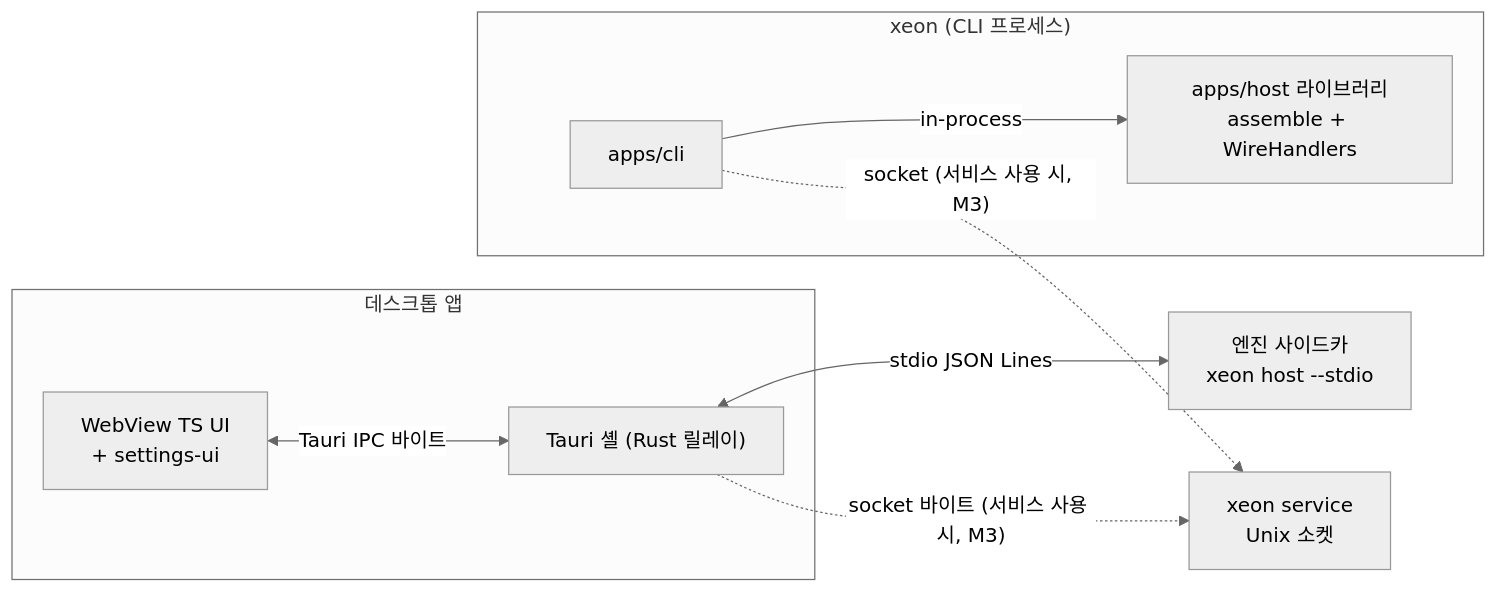
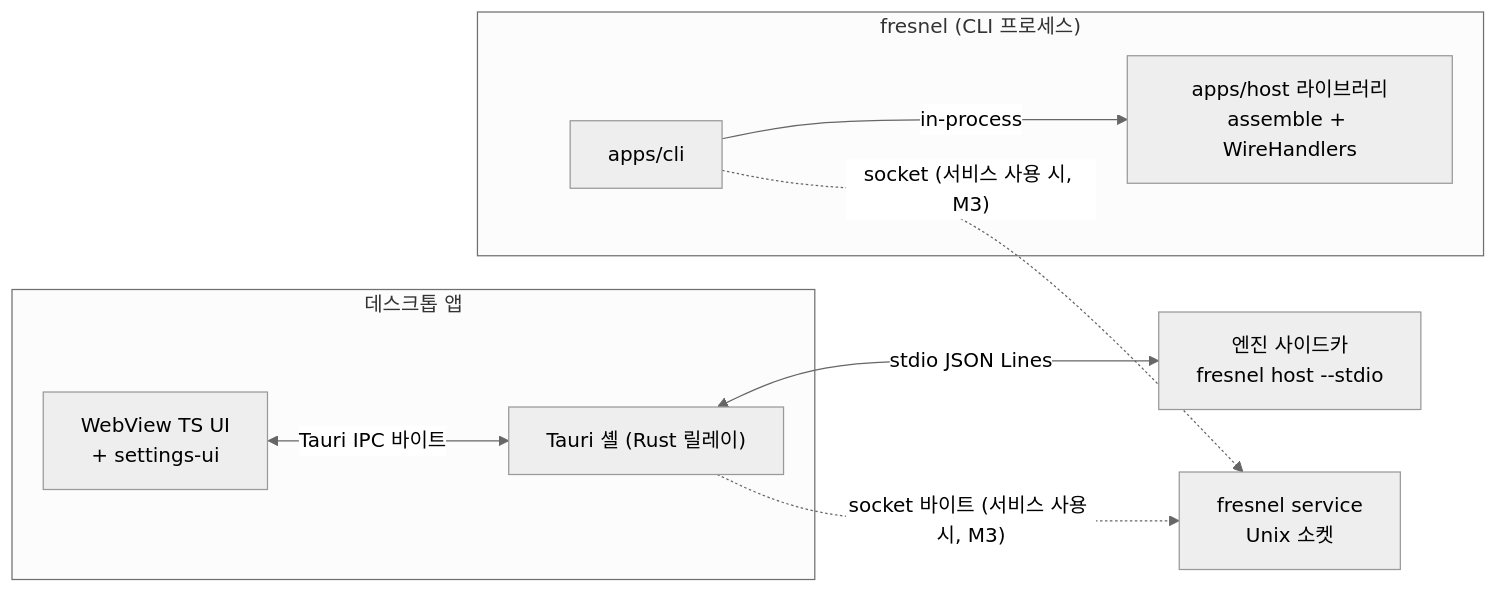
One commit to Rengod95/Helm-Agent_Docs_OS changed the diagram in docs/xeon/L4/README.md. Above: the diagram before and after it, drawn with Mermaid (neutral theme). The commit also changed other lines of this file and 378 other files, not shown here.

````diff
--- a/docs/xeon/L4/README.md
+++ b/docs/xeon/L4/README.md
@@ -65,18 +65,18 @@
 ```mermaid
 flowchart LR
-  subgraph CLI["xeon (CLI 프로세스)"]
+  subgraph CLI["fresnel (CLI 프로세스)"]
     cli["apps/cli"]
     hostlib["apps/host 라이브러리<br/>assemble + WireHandlers"]
     cli -->|"in-process"| hostlib
   end
   subgraph DESK["데스크톱 앱"]
     shell["Tauri 셸 (Rust 릴레이)"]
     web["WebView TS UI<br/>+ settings-ui"]
     web <-->|"Tauri IPC 바이트"| shell
   end
-  sidecar["엔진 사이드카<br/>xeon host --stdio"]
-  svc["xeon service<br/>Unix 소켓"]
+  sidecar["엔진 사이드카<br/>fresnel host --stdio"]
+  svc["fresnel service<br/>Unix 소켓"]
   shell <-->|"stdio JSON Lines"| sidecar
   cli -.->|"socket (서비스 사용 시, M3)"| svc
   shell -.->|"socket 바이트 (서비스 사용 시, M3)"| svc
 ```
````
